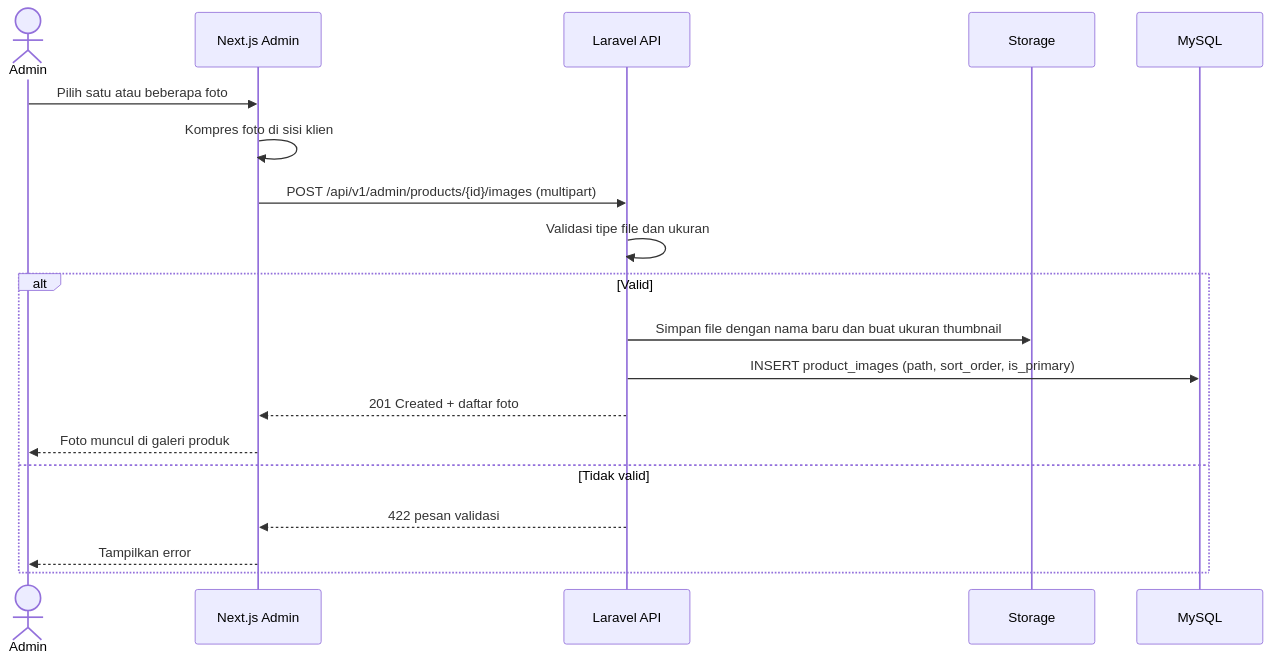
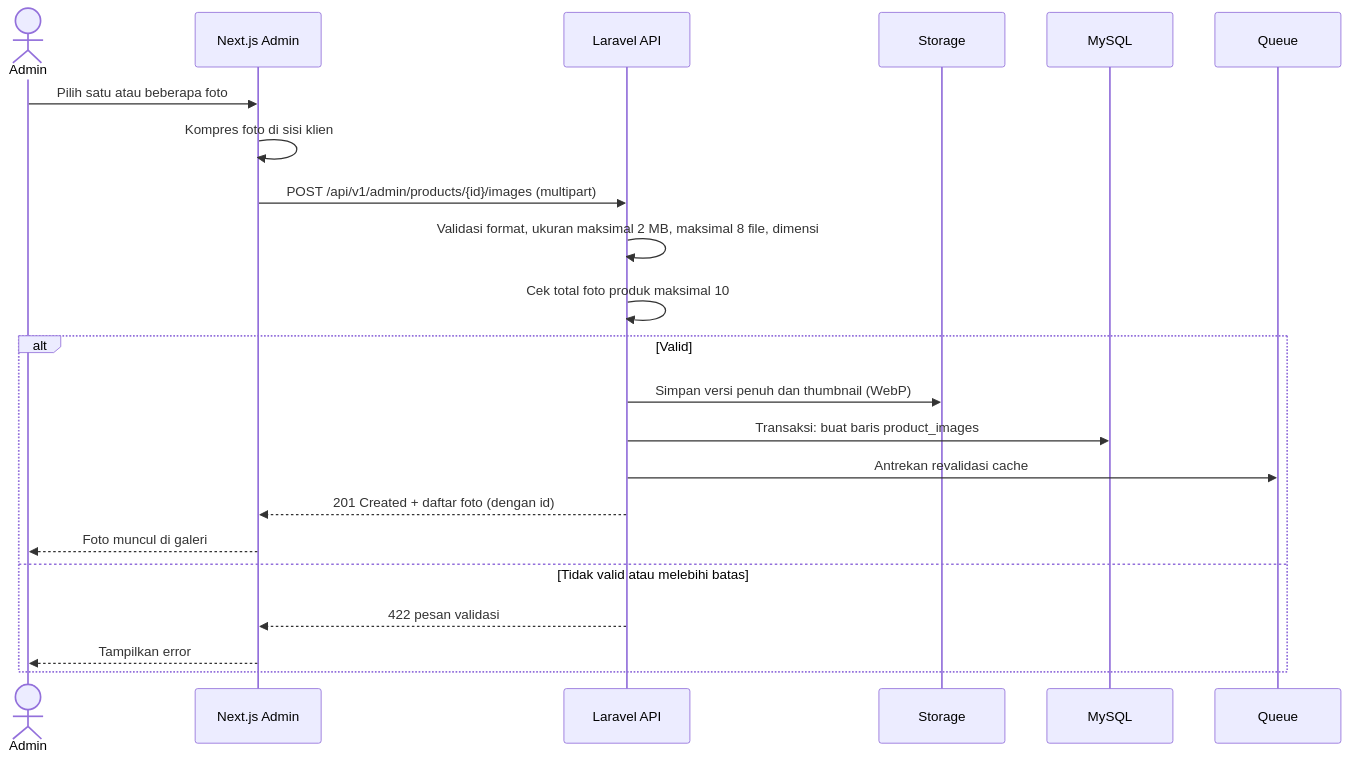
Before and after one commit to hilptra/pakelagi-api: the seventh of 9 diagrams in docs/userflow.md, drawn with Mermaid. The commit also changed other lines of this file and 2 other files, not shown here.

````diff
--- a/docs/userflow.md
+++ b/docs/userflow.md
@@ -154,22 +185,25 @@
 ```mermaid
 sequenceDiagram
     actor Admin
     participant FE as Next.js Admin
     participant API as Laravel API
     participant ST as Storage
     participant DB as MySQL
+    participant Q as Queue
 
     Admin->>FE: Pilih satu atau beberapa foto
     FE->>FE: Kompres foto di sisi klien
     FE->>API: POST /api/v1/admin/products/{id}/images (multipart)
-    API->>API: Validasi tipe file dan ukuran
+    API->>API: Validasi format, ukuran maksimal 2 MB, maksimal 8 file, dimensi
+    API->>API: Cek total foto produk maksimal 10
     alt Valid
-        API->>ST: Simpan file dengan nama baru dan buat ukuran thumbnail
-        API->>DB: INSERT product_images (path, sort_order, is_primary)
-        API-->>FE: 201 Created + daftar foto
-        FE-->>Admin: Foto muncul di galeri produk
-    else Tidak valid
+        API->>ST: Simpan versi penuh dan thumbnail (WebP)
+        API->>DB: Transaksi: buat baris product_images
+        API->>Q: Antrekan revalidasi cache
+        API-->>FE: 201 Created + daftar foto (dengan id)
+        FE-->>Admin: Foto muncul di galeri
+    else Tidak valid atau melebihi batas
         API-->>FE: 422 pesan validasi
         FE-->>Admin: Tampilkan error
     end
 ```
````
